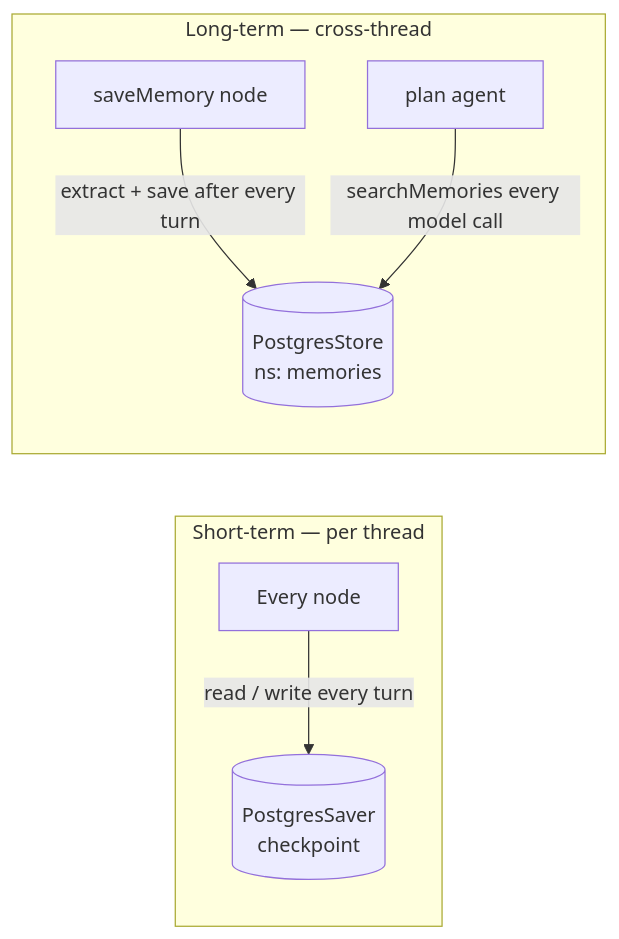
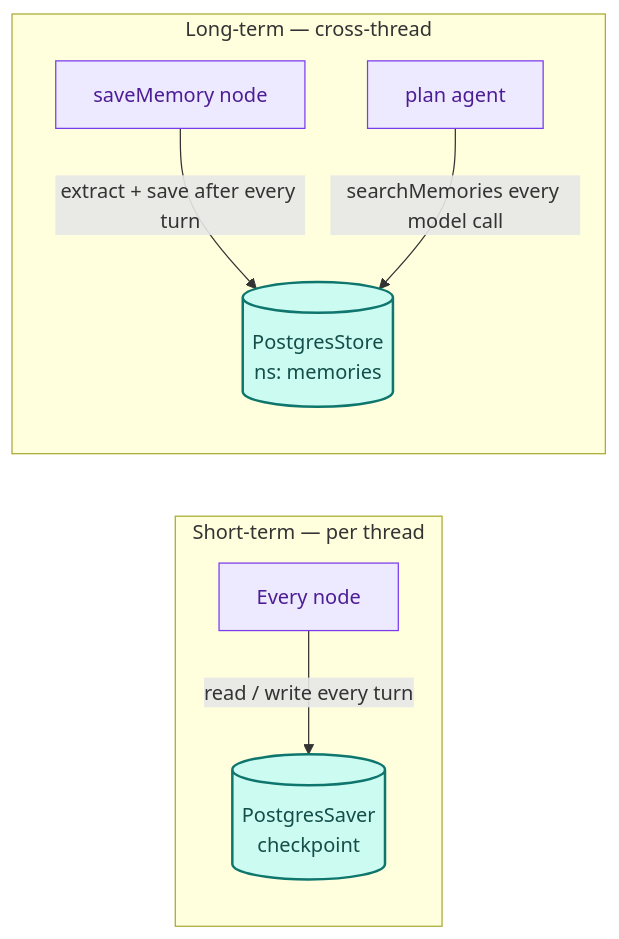
One commit to nguyentrathao-agilityio/travel-assistant changed the diagram in docs/flows/03-long-term-memory.md. Above: the diagram before and after it, drawn with Mermaid. The commit also changed 6 other files, not shown here.

Commit message:
docs: style Mermaid workflow diagrams

````diff
--- a/docs/flows/03-long-term-memory.md
+++ b/docs/flows/03-long-term-memory.md
@@ -5,11 +5,17 @@
 ```mermaid
 flowchart LR
     subgraph Short["Short-term — per thread"]
         N[Every node] -->|read / write every turn| CP[(PostgresSaver\ncheckpoint)]
     end
 
     subgraph Long["Long-term — cross-thread"]
         SM[saveMemory node] -->|extract + save after every turn| MS[(PostgresStore\nns: memories)]
         PA[plan agent] -->|searchMemories every model call| MS
     end
+
+    classDef agent fill:#ede9fe,stroke:#7c3aed,color:#4c1d95
+    classDef storage fill:#ccfbf1,stroke:#0f766e,color:#134e4a,stroke-width:2px
+
+    class N,SM,PA agent
+    class CP,MS storage
 ```
````
